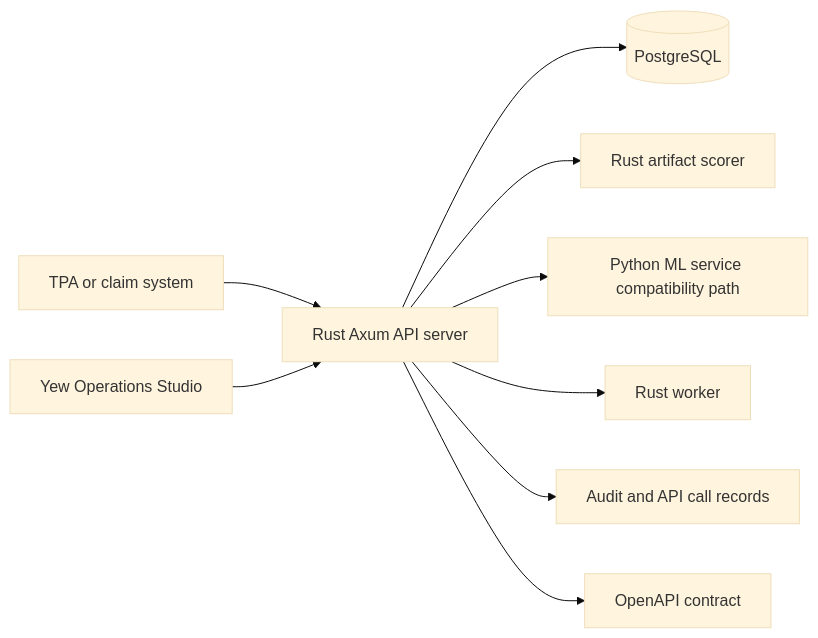
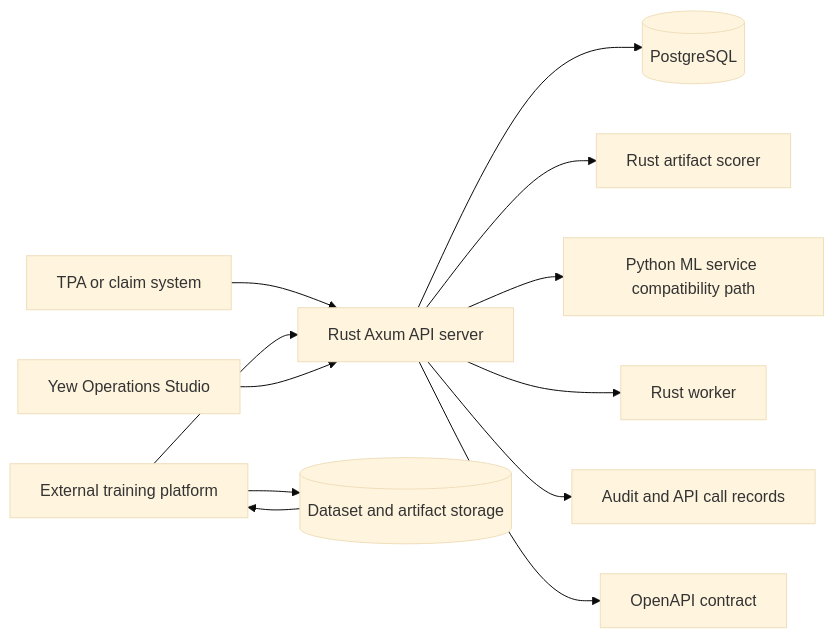
One commit to proerror77/nwfwa changed the diagram in docs/project/architecture.md. Above: the diagram before and after it, drawn with Mermaid (base theme). The commit also changed other lines of this file and 3 other files, not shown here.

Commit message:
Document external training platform boundary

````diff
--- a/docs/project/architecture.md
+++ b/docs/project/architecture.md
@@ -12,11 +12,14 @@
 ```mermaid
 flowchart LR
     TPA[TPA or claim system] --> API[Rust Axum API server]
     API --> DB[(PostgreSQL)]
     API --> RML[Rust artifact scorer]
     API --> ML[Python ML service compatibility path]
     API --> Worker[Rust worker]
+    Train[External training platform] --> Obj[(Dataset and artifact storage)]
+    Obj --> Train
+    Train --> API
     Web[Yew Operations Studio] --> API
     API --> Audit[Audit and API call records]
     API --> OpenAPI[OpenAPI contract]
 ```
````
